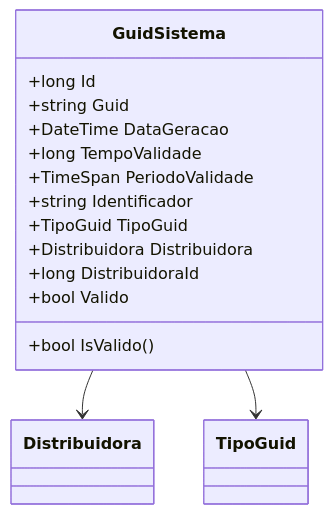
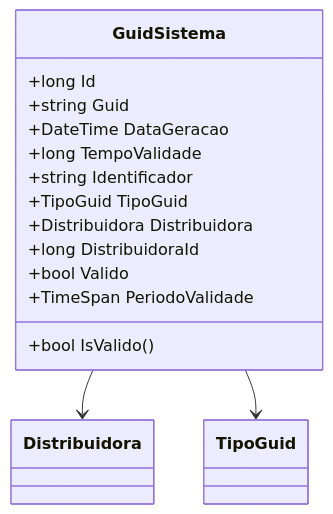
Before and after one commit to IsthmusSistemas/documentacao-tecnica: the second of 2 diagrams in docs/b2b-dominio/IsthmusWinthor.Nucleo/IsthmusWinthor.Dominio/Entidades/GuidSistema.md, drawn with Mermaid. The commit also changed other lines of this file and 882 other files, not shown here.

````diff
--- a/docs/b2b-dominio/IsthmusWinthor.Nucleo/IsthmusWinthor.Dominio/Entidades/GuidSistema.md
+++ b/docs/b2b-dominio/IsthmusWinthor.Nucleo/IsthmusWinthor.Dominio/Entidades/GuidSistema.md
@@ -43,22 +50,25 @@
 ```mermaid
 classDiagram
     class GuidSistema {
         +long Id
         +string Guid
         +DateTime DataGeracao
         +long TempoValidade
-        +TimeSpan PeriodoValidade
         +string Identificador
         +TipoGuid TipoGuid
         +Distribuidora Distribuidora
         +long DistribuidoraId
         +bool Valido
         +bool IsValido()
+        +TimeSpan PeriodoValidade
     }
     
-    class Distribuidora
-    class TipoGuid
-
+    class Distribuidora {
+    }
+    
+    class TipoGuid {
+    }
+    
     GuidSistema --> Distribuidora
     GuidSistema --> TipoGuid
 ```
````
